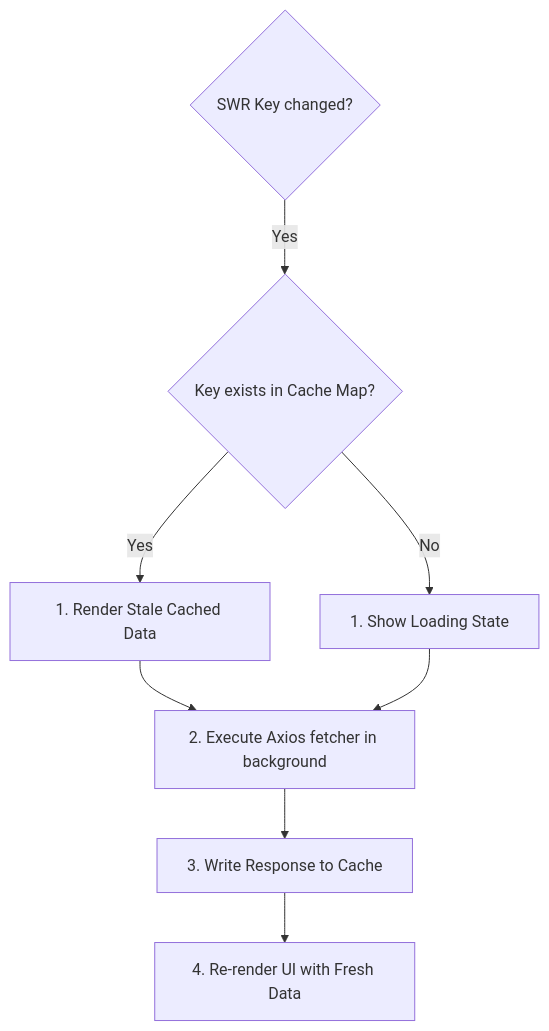
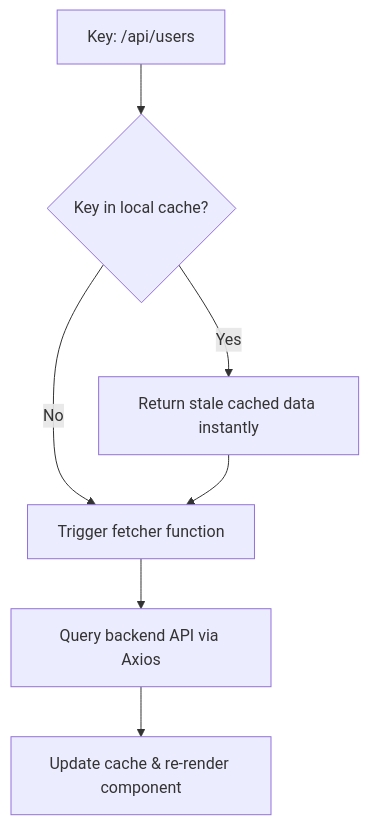
One commit to AD0791/interviewprep changed the diagram in frameworks_specifics/07_swr_axios.md. Above: the diagram before and after it, drawn with Mermaid. The commit also changed other lines of this file and 8 other files, not shown here.

````diff
--- a/frameworks_specifics/07_swr_axios.md
+++ b/frameworks_specifics/07_swr_axios.md
@@ -18,10 +16,9 @@
 ```mermaid
 graph TD
-    KeyCheck{SWR Key changed?} -->|Yes| CacheCheck{Key exists in Cache Map?}
-    CacheCheck -->|Yes| StaleRender[1. Render Stale Cached Data]
-    CacheCheck -->|No| ShowLoading[1. Show Loading State]
-    StaleRender --> BackgroundFetch[2. Execute Axios fetcher in background]
-    ShowLoading --> BackgroundFetch
-    BackgroundFetch --> UpdateCache[3. Write Response to Cache]
-    UpdateCache --> UpdateUI[4. Re-render UI with Fresh Data]
+    Key[Key: /api/users] --> CacheCheck{Key in local cache?}
+    CacheCheck -->|Yes| Stale[Return stale cached data instantly]
+    CacheCheck -->|No| Fetch[Trigger fetcher function]
+    Stale --> Fetch
+    Fetch --> Network[Query backend API via Axios]
+    Network --> Update[Update cache & re-render component]
 ```
````
